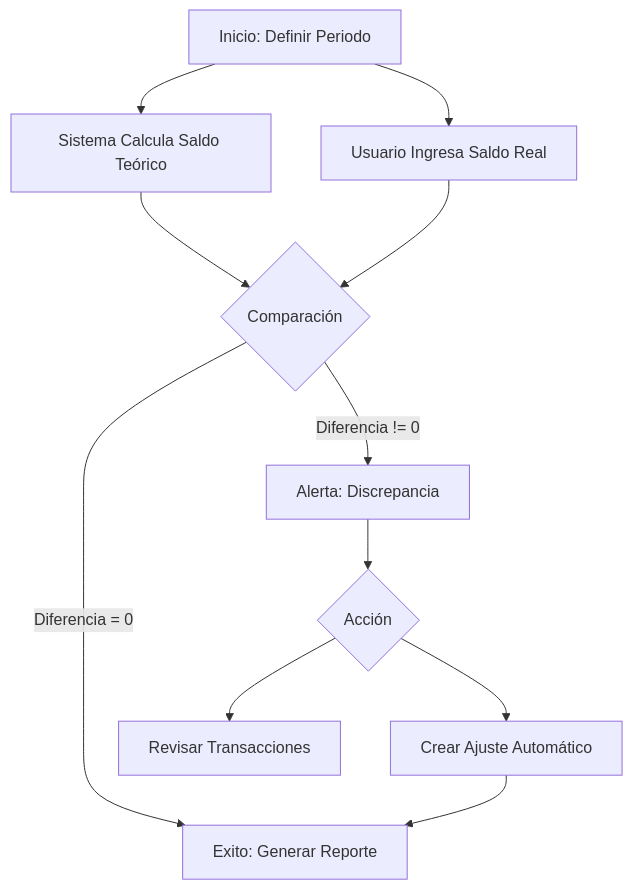
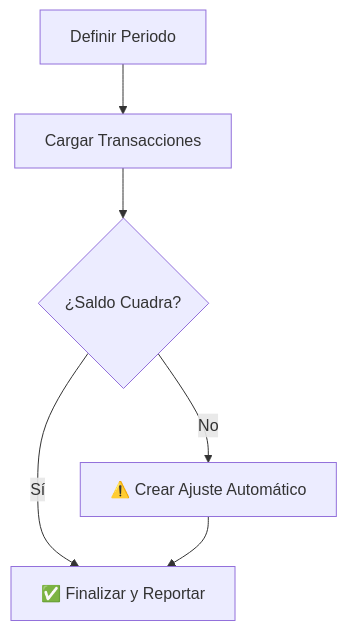
Before and after one commit to nelsonmarro/accountable-holo: the diagram in docs/manual/docs/reconciliation.md, drawn with Mermaid. The commit also changed other lines of this file and 3 other files, not shown here.

````diff
--- a/docs/manual/docs/reconciliation.md
+++ b/docs/manual/docs/reconciliation.md
@@ -43,13 +28,8 @@
 ```mermaid
 graph TD
-    A[Inicio: Definir Periodo] --> B[Sistema Calcula Saldo Teórico]
-    A --> C[Usuario Ingresa Saldo Real]
-    B --> D{Comparación}
-    C --> D
-    D -- Diferencia = 0 --> E[Exito: Generar Reporte]
-    D -- Diferencia != 0 --> F[Alerta: Discrepancia]
-    F --> G{Acción}
-    G --> H[Revisar Transacciones]
-    G --> I[Crear Ajuste Automático]
-    I --> E
+    A[Definir Periodo] --> B[Cargar Transacciones]
+    B --> C{¿Saldo Cuadra?}
+    C -- Sí --> D[✅ Finalizar y Reportar]
+    C -- No --> E[⚠️ Crear Ajuste Automático]
+    E --> D
 ```
````
